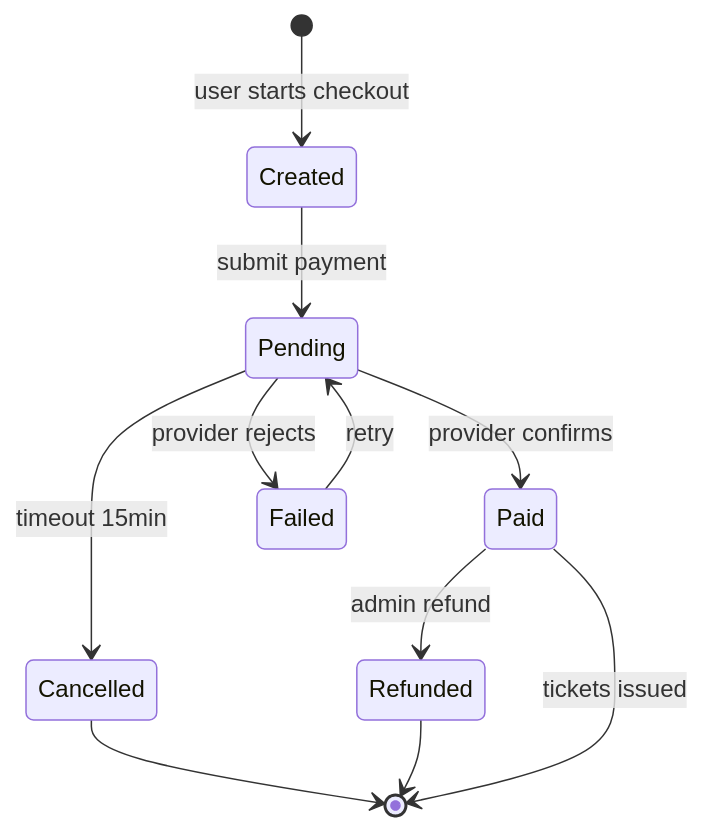
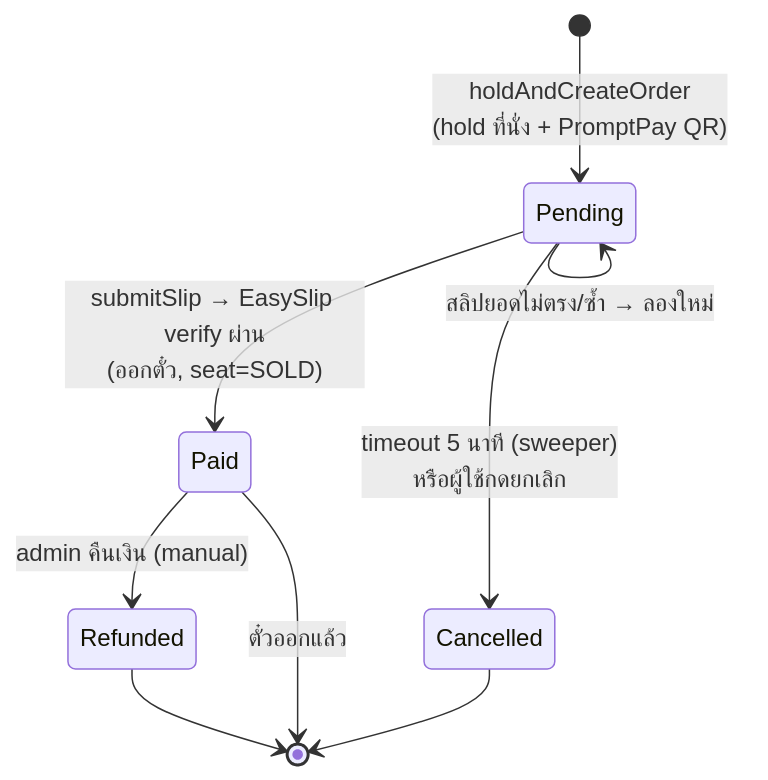
The seventh of 11 diagrams in docs/05_DIAGRAMS.md (jakapobrs-oss/concert-antibot), drawn with Mermaid before and after one commit. The commit also changed other lines of this file and 6 other files, not shown here.

First line of the commit message:
docs: sync diagrams กับ schema จริง + เพิ่ม ER exports

````diff
--- a/docs/05_DIAGRAMS.md
+++ b/docs/05_DIAGRAMS.md
@@ -254,13 +289,11 @@
 ```mermaid
 stateDiagram-v2
-    [*] --> Created: user starts checkout
-    Created --> Pending: submit payment
-    Pending --> Paid: provider confirms
-    Pending --> Failed: provider rejects
-    Pending --> Cancelled: timeout 15min
-    Failed --> Pending: retry
-    Paid --> Refunded: admin refund
+    [*] --> Pending: holdAndCreateOrder<br/>(hold ที่นั่ง + PromptPay QR)
+    Pending --> Paid: submitSlip → EasySlip verify ผ่าน<br/>(ออกตั๋ว, seat=SOLD)
+    Pending --> Cancelled: timeout 5 นาที (sweeper)<br/>หรือผู้ใช้กดยกเลิก
+    Pending --> Pending: สลิปยอดไม่ตรง/ซ้ำ → ลองใหม่
+    Paid --> Refunded: admin คืนเงิน (manual)
     Cancelled --> [*]
     Refunded --> [*]
-    Paid --> [*]: tickets issued
+    Paid --> [*]: ตั๋วออกแล้ว
 ```
````
